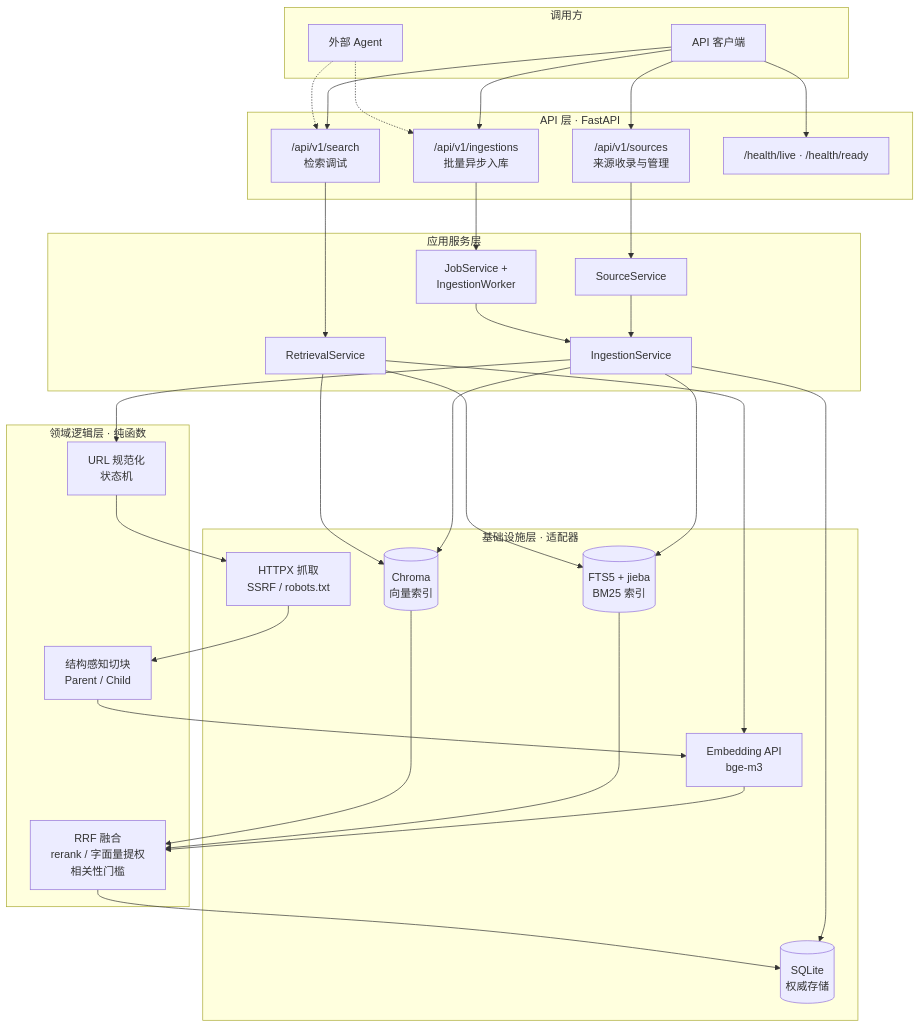
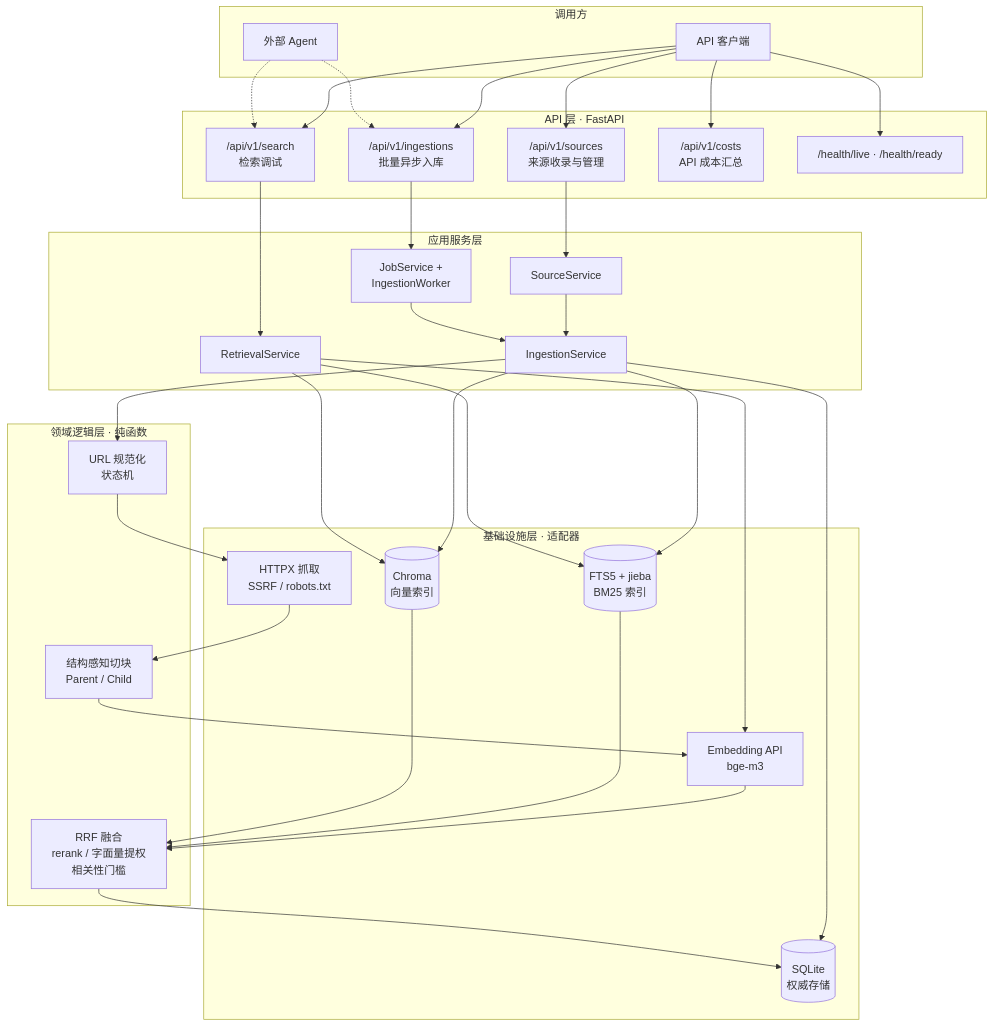
The diagram in README.md (Rena-xie/ai_knowledge_RAG), drawn with Mermaid before and after one commit. The commit also changed other lines of this file and 59 other files, not shown here.

````diff
--- a/README.md
+++ b/README.md
@@ -34,44 +35,45 @@
 ```mermaid
 flowchart TB
     subgraph CLIENT["调用方"]
         UI["API 客户端"]
         AGENT["外部 Agent"]
     end
 
     subgraph APILAYER["API 层 · FastAPI"]
         SRC["/api/v1/sources<br/>来源收录与管理"]
         INGEST["/api/v1/ingestions<br/>批量异步入库"]
         SEARCH["/api/v1/search<br/>检索调试"]
+        COSTS["/api/v1/costs<br/>API 成本汇总"]
         HEALTH["/health/live · /health/ready"]
     end
 
     subgraph SERVICE["应用服务层"]
         S1["SourceService"]
         S2["IngestionService"]
         S5["JobService +<br/>IngestionWorker"]
         S3["RetrievalService"]
     end
 
     subgraph DOMAIN["领域逻辑层 · 纯函数"]
         D1["URL 规范化<br/>状态机"]
         D2["结构感知切块<br/>Parent / Child"]
         D3["RRF 融合<br/>rerank / 字面量提权<br/>相关性门槛"]
     end
 
     subgraph INFRA["基础设施层 · 适配器"]
         DB[("SQLite<br/>权威存储")]
         FTS[("FTS5 + jieba<br/>BM25 索引")]
         VEC[("Chroma<br/>向量索引")]
         FETCH["HTTPX 抓取<br/>SSRF / robots.txt"]
         EMB["Embedding API<br/>bge-m3"]
     end
 
-    UI --> SRC & INGEST & SEARCH & HEALTH
+    UI --> SRC & INGEST & SEARCH & COSTS & HEALTH
     AGENT -.-> INGEST & SEARCH
     SRC --> S1 --> S2
     INGEST --> S5 --> S2
     SEARCH --> S3
     S2 --> D1 --> FETCH --> D2 --> EMB
     S2 --> DB & FTS & VEC
     S3 --> EMB & FTS & VEC --> D3 --> DB
 ```
````
